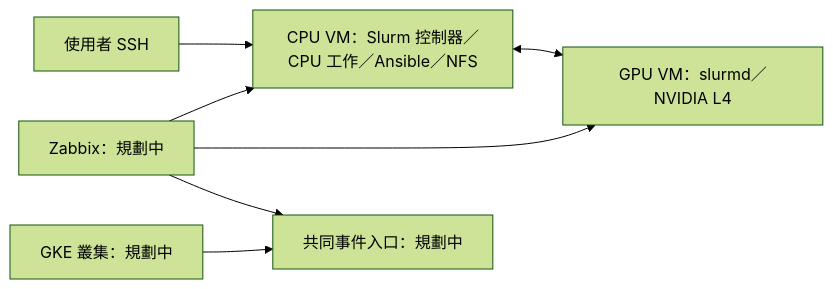
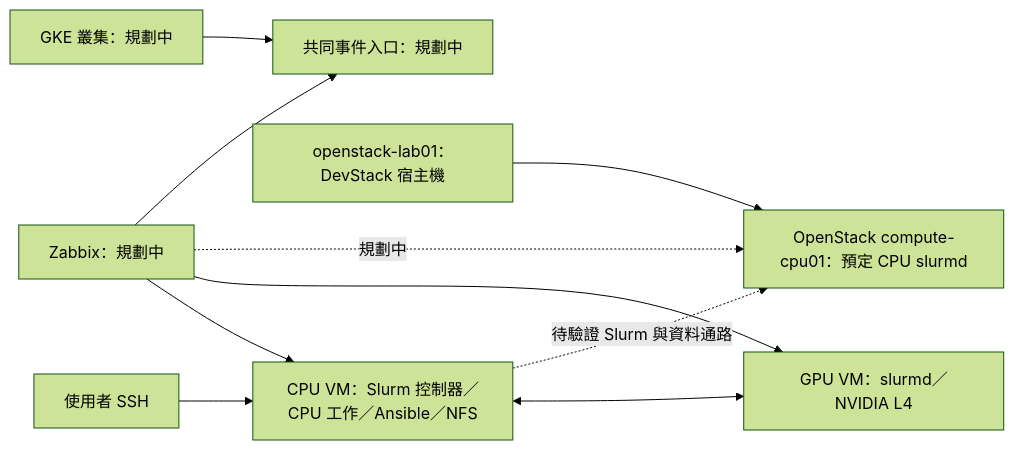
Before and after one commit to davidtestdocker/hpc-architect: the diagram in project/README.md, drawn with Mermaid (forest theme). The commit also changed other lines of this file and 5 other files, not shown here.

````diff
--- a/project/README.md
+++ b/project/README.md
@@ -14,9 +16,12 @@
 ```mermaid
 flowchart LR
   U[使用者 SSH] --> C[CPU VM：Slurm 控制器／CPU 工作／Ansible／NFS]
   C <--> G[GPU VM：slurmd／NVIDIA L4]
+  C -. 待驗證 Slurm 與資料通路 .-> O[OpenStack compute-cpu01：預定 CPU slurmd]
+  H[openstack-lab01：DevStack 宿主機] --> O
   Z[Zabbix：規劃中] --> C
   Z --> G
+  Z -. 規劃中 .-> O
   Z --> E[共同事件入口：規劃中]
   K[GKE 叢集：規劃中] --> E
 ```
````
